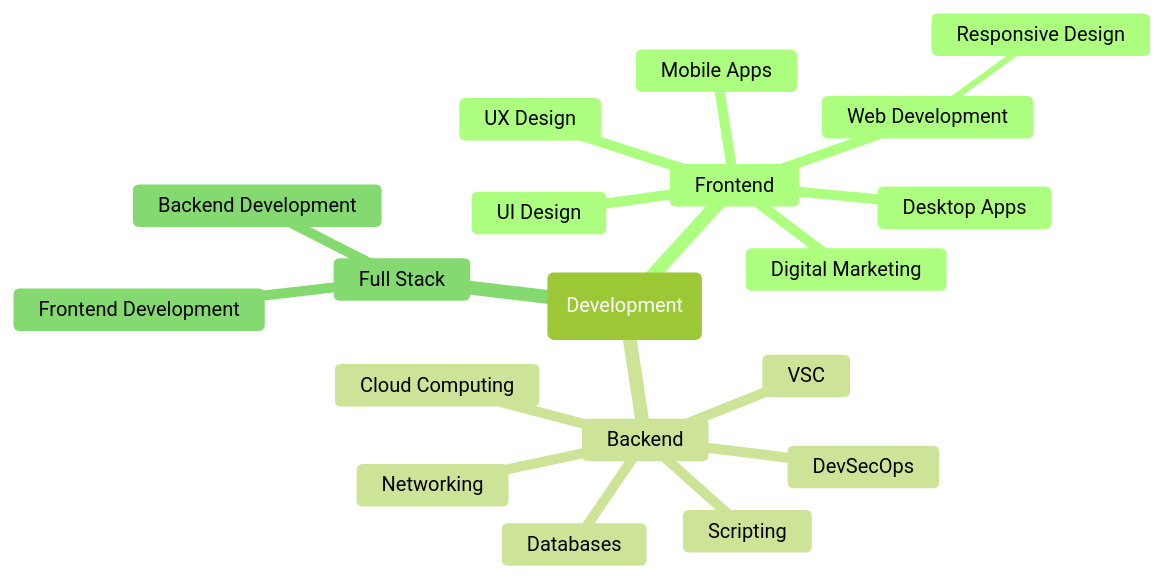
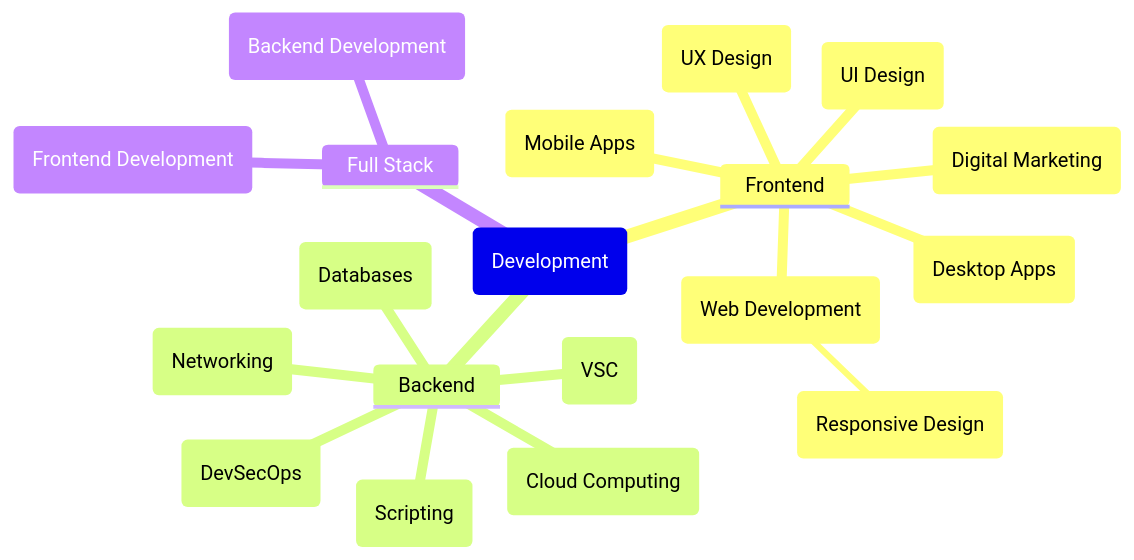
The diagram in README.md (Azriel1909/Pink-academy), drawn with Mermaid before and after one commit.

Commit message:
Mindmap updated

````diff
--- a/README.md
+++ b/README.md
@@ -5,23 +5,22 @@
 ```mermaid
-%%{init: {'theme':'forest'}}%%
 mindmap
 root(Development)
 	Frontend 
-		UX Design
-		UI Design
-		Digital Marketing
-		Mobile Apps
-		Desktop Apps
-		Web Development
-			Responsive Design
+		(UX Design)
+		(UI Design)
+		(Digital Marketing)
+		(Mobile Apps)
+		(Desktop Apps)
+		(Web Development)
+			(Responsive Design)
 	Backend 
-		VSC
-		Scripting
-		Databases
-		DevSecOps
-		Networking
-		Cloud Computing
+		(VSC)
+		(Scripting)
+		(Databases)
+		(DevSecOps)
+		(Networking)
+		(Cloud Computing)
 	Full Stack 
-		Frontend Development
-		Backend Development
+		(Frontend Development)
+		(Backend Development)
 ```
````
